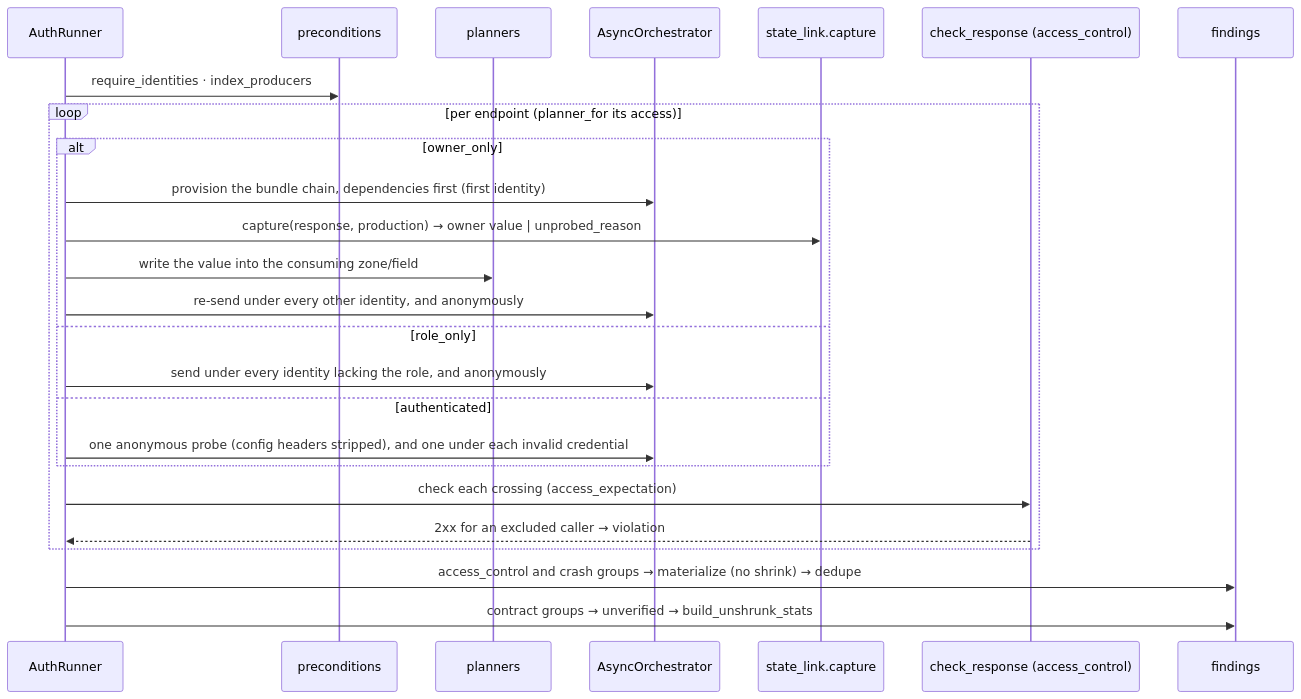
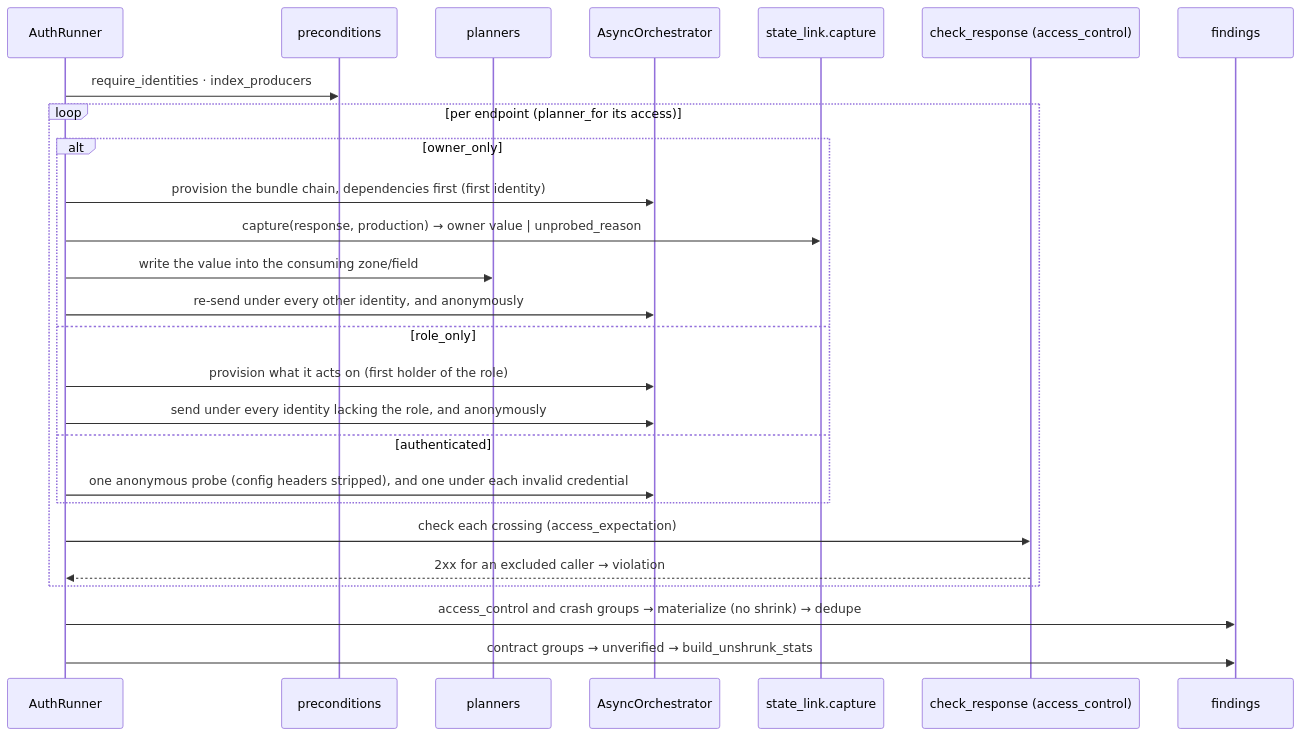
One commit to Spec-Forge-Testing/specforge-docs changed the sixth of 6 diagrams in docs/modules/specforge-engine/execution-modes.md. Above: the diagram before and after it, drawn with Mermaid. The commit also changed other lines of this file and 15 other files, not shown here.

````diff
--- a/docs/modules/specforge-engine/execution-modes.md
+++ b/docs/modules/specforge-engine/execution-modes.md
@@ -688,28 +730,29 @@
 ```mermaid
 sequenceDiagram
     participant AR as AuthRunner
     participant Pre as preconditions
     participant Pl as planners
     participant Orch as AsyncOrchestrator
     participant Cap as state_link.capture
     participant Or as check_response (access_control)
     participant Fnd as findings
 
     AR->>Pre: require_identities · index_producers
     loop per endpoint (planner_for its access)
         alt owner_only
             AR->>Orch: provision the bundle chain, dependencies first (first identity)
             AR->>Cap: capture(response, production) → owner value | unprobed_reason
             AR->>Pl: write the value into the consuming zone/field
             AR->>Orch: re-send under every other identity, and anonymously
         else role_only
+            AR->>Orch: provision what it acts on (first holder of the role)
             AR->>Orch: send under every identity lacking the role, and anonymously
         else authenticated
             AR->>Orch: one anonymous probe (config headers stripped), and one under each invalid credential
         end
         AR->>Or: check each crossing (access_expectation)
         Or-->>AR: 2xx for an excluded caller → violation
     end
     AR->>Fnd: access_control and crash groups → materialize (no shrink) → dedupe
     AR->>Fnd: contract groups → unverified → build_unshrunk_stats
 ```
````
